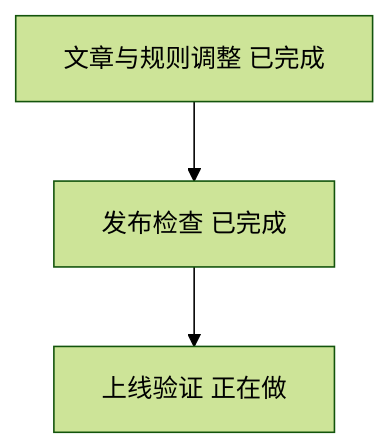
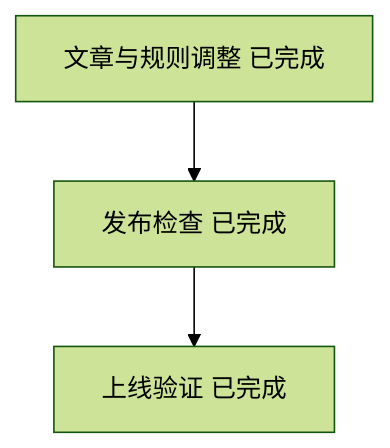
Diagram 25 of 25 in docs/progress.md (wanghao-SunSky/wanghao-SunSky.github.io), drawn with Mermaid (forest theme) before and after one commit. The commit also changed other lines of this file, not shown here.

````diff
--- a/docs/progress.md
+++ b/docs/progress.md
@@ -461,5 +461,5 @@
 ```mermaid
 flowchart TB
  A[文章与规则调整 已完成] --> B[发布检查 已完成]
- B --> C[上线验证 正在做]
+ B --> C[上线验证 已完成]
 ```
````
